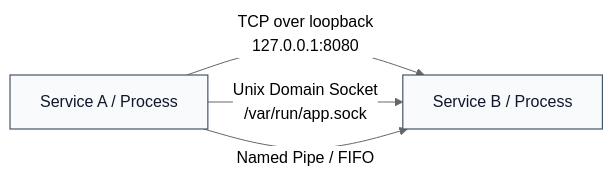
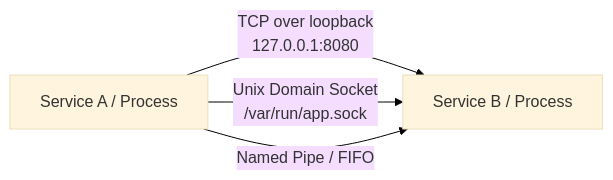
One commit to hananather/system-design changed the fifth of 5 diagrams in sockets.md. Above: the diagram before and after it, drawn with Mermaid. The commit also changed other lines of this file, not shown here.

Commit message:
Fix Mermaid newlines (use <br/>), force white background, simplify styles to avoid clipping/cutoff

````diff
--- a/sockets.md
+++ b/sockets.md
@@ -99,12 +85,10 @@
 ```mermaid
-%%{init: {'theme':'neutral','themeVariables': { 'fontFamily': 'Inter, ui-sans-serif, system-ui'}}}%%
+%%{init: {'theme': 'base', 'themeVariables': { 'background': '#ffffff', 'fontFamily': 'Inter, ui-sans-serif, system-ui' }}}%%
 flowchart LR
-  A[Service A / Process]:::proc
-  B[Service B / Process]:::proc
+  A[Service A / Process]
+  B[Service B / Process]
 
-  A -- "TCP over loopback\n127.0.0.1:8080" --> B
-  A -- "Unix Domain Socket\n/var/run/app.sock" --> B
+  A -- "TCP over loopback<br/>127.0.0.1:8080" --> B
+  A -- "Unix Domain Socket<br/>/var/run/app.sock" --> B
   A -- "Named Pipe / FIFO" --> B
-
-  classDef proc fill:#F8FAFC,stroke:#475569,stroke-width:1.2px,color:#0F172A;
 ```
````
